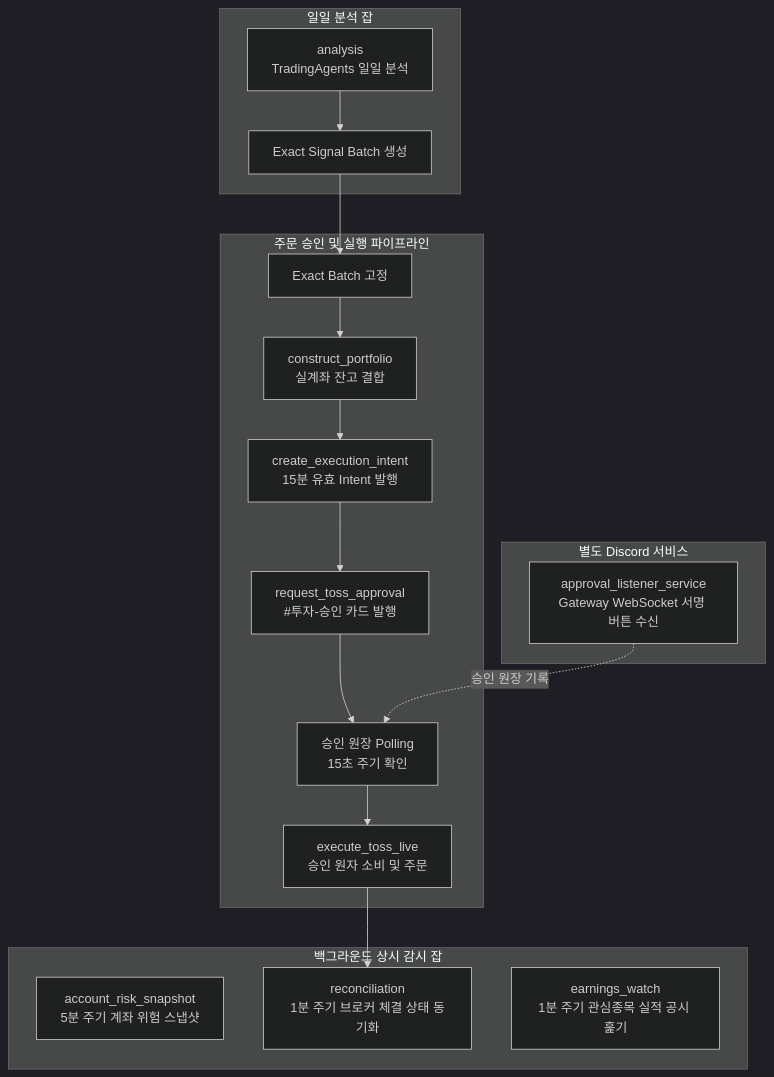
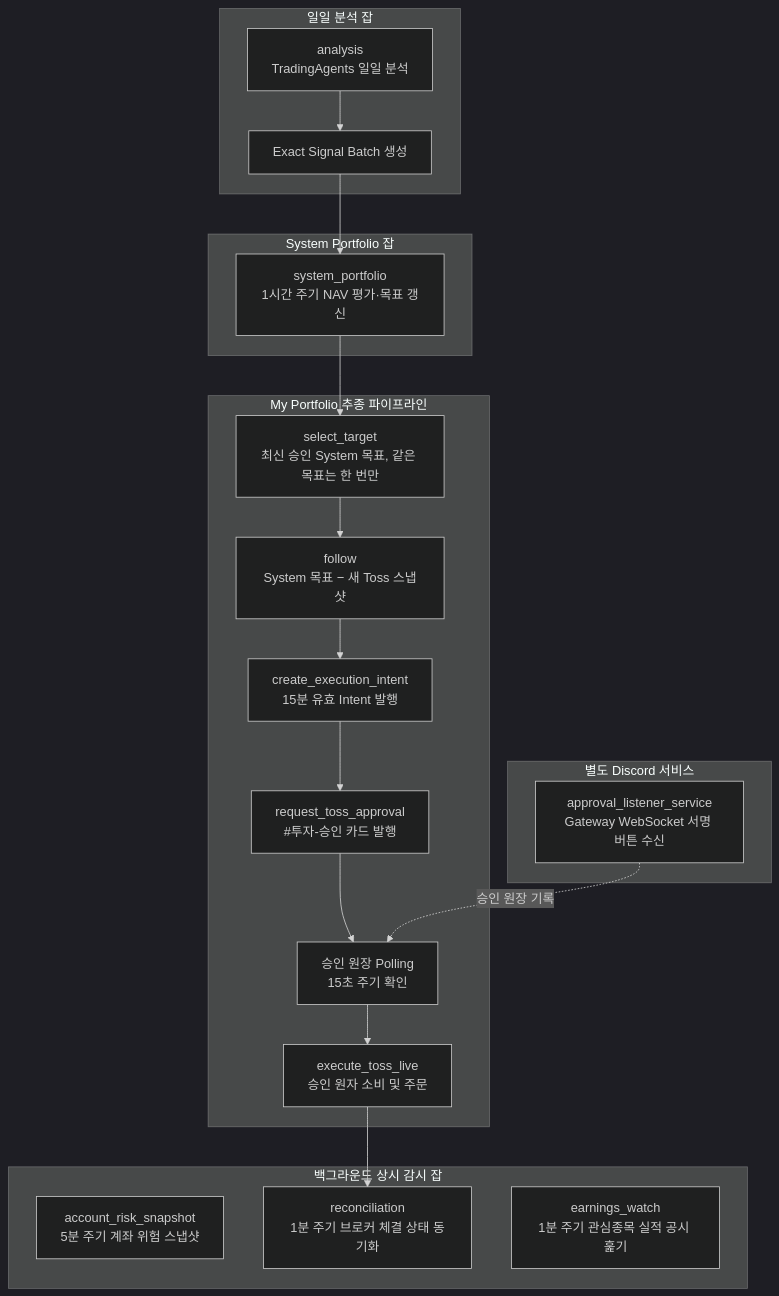
The first of 2 diagrams in src/investment_agent/operations/harness/README.md (parkshinyoung0831/investment-agent), drawn with Mermaid (dark theme) before and after one commit. The commit also changed other lines of this file and 112 other files, not shown here.

First line of the commit message:
refactor(trading): split into System Portfolio and My Portfolio

````diff
--- a/src/investment_agent/operations/harness/README.md
+++ b/src/investment_agent/operations/harness/README.md
@@ -18,28 +18,32 @@
 ```mermaid
 flowchart TD
     subgraph PeriodicJobs["백그라운드 상시 감시 잡"]
         RISK["account_risk_snapshot<br/>5분 주기 계좌 위험 스냅샷"]
         RECON["reconciliation<br/>1분 주기 브로커 체결 상태 동기화"]
         WATCH["earnings_watch<br/>1분 주기 관심종목 실적 공시 훑기"]
     end
 
     subgraph AnalysisJob["일일 분석 잡"]
         ANA["analysis<br/>TradingAgents 일일 분석"] --> SB["Exact Signal Batch 생성"]
     end
 
-    subgraph PipelineFlow["주문 승인 및 실행 파이프라인"]
-        SB --> SEL["Exact Batch 고정"]
-        SEL --> PORT["construct_portfolio<br/>실계좌 잔고 결합"]
+    subgraph SystemJob["System Portfolio 잡"]
+        SB --> SYS["system_portfolio<br/>1시간 주기 NAV 평가·목표 갱신"]
+    end
+
+    subgraph PipelineFlow["My Portfolio 추종 파이프라인"]
+        SYS --> SEL["select_target<br/>최신 승인 System 목표, 같은 목표는 한 번만"]
+        SEL --> PORT["follow<br/>System 목표 − 새 Toss 스냅샷"]
         PORT --> INT["create_execution_intent<br/>15분 유효 Intent 발행"]
         INT --> REQ["request_toss_approval<br/>#투자-승인 카드 발행"]
         REQ --> POLL["승인 원장 Polling<br/>15초 주기 확인"]
         POLL --> EXEC["execute_toss_live<br/>승인 원자 소비 및 주문"]
     end
 
     subgraph GatewayService["별도 Discord 서비스"]
         GW["approval_listener_service<br/>Gateway WebSocket 서명 버튼 수신"]
     end
 
     GW -.->|승인 원장 기록| POLL
     EXEC --> RECON
 ```
````
